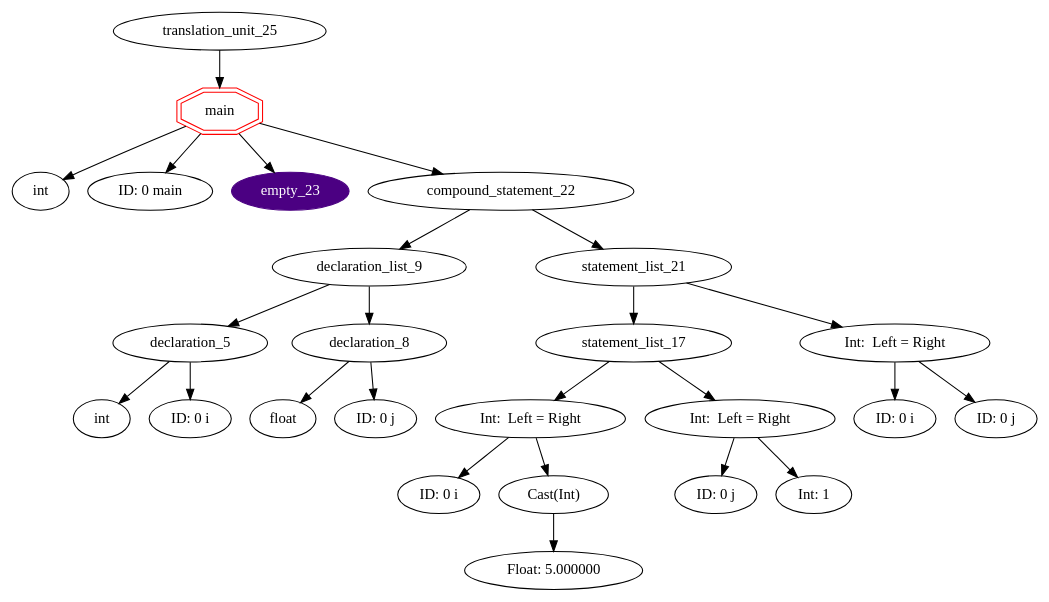
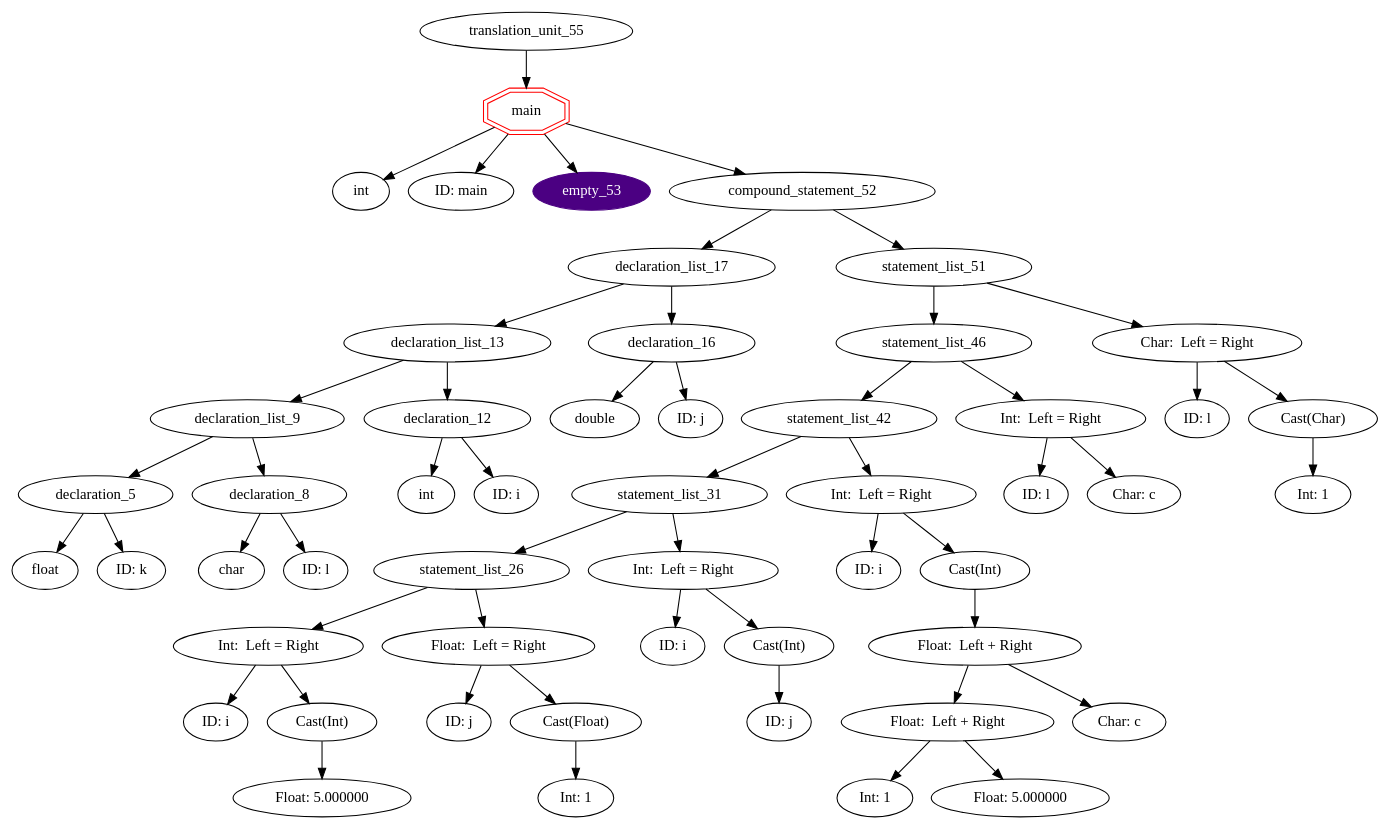
The diagram in graphs/default.gv (ahpalmerUNR/c_compiler), drawn with Graphviz before and after one commit. The commit also changed 8 other files, not shown here.

```diff
--- a/graphs/default.gv
+++ b/graphs/default.gv
@@ -1,46 +1,97 @@
 digraph AST {
-	translation_unit_25 -> function_definition_24;
-	function_definition_24 [shape=doubleoctagon,color=red,label="main"]
-	function_definition_24 -> type_specifier_0;
+	translation_unit_55 -> function_definition_54;
+	function_definition_54 [shape=doubleoctagon,color=red,label="main"]
+	function_definition_54 -> type_specifier_0;
 	type_specifier_0 [label="int"]
-	function_definition_24 -> identifier_1;
-	identifier_1 [label="ID: 0 main"]
-	function_definition_24 -> empty_23;
-	empty_23 [style=filled,color=indigo,fontcolor=white]
-	function_definition_24 -> compound_statement_22;
-	compound_statement_22 -> declaration_list_9;
+	function_definition_54 -> identifier_1;
+	identifier_1 [label="ID: main"]
+	function_definition_54 -> empty_53;
+	empty_53 [style=filled,color=indigo,fontcolor=white]
+	function_definition_54 -> compound_statement_52;
+	compound_statement_52 -> declaration_list_17;
+	declaration_list_17 -> declaration_list_13;
+	declaration_list_13 -> declaration_list_9;
 	declaration_list_9 -> declaration_5;
 	declaration_5 [label="declaration_5"]
 	declaration_5 -> type_specifier_3;
-	type_specifier_3 [label="int"]
+	type_specifier_3 [label="float"]
 	declaration_5 -> identifier_4;
-	identifier_4 [label="ID: 0 i"]
+	identifier_4 [label="ID: k"]
 	declaration_list_9 -> declaration_8;
 	declaration_8 [label="declaration_8"]
 	declaration_8 -> type_specifier_6;
-	type_specifier_6 [label="float"]
+	type_specifier_6 [label="char"]
 	declaration_8 -> identifier_7;
-	identifier_7 [label="ID: 0 j"]
-	compound_statement_22 -> statement_list_21;
-	statement_list_21 -> statement_list_17;
-	statement_list_17 -> assignment_expression_12;
-	assignment_expression_12 [label="Int:  Left = Right"]
-	assignment_expression_12 -> identifier_10;
-	identifier_10 [label="ID: 0 i"]
-	assignment_expression_12 -> Implicit_Cast13;
-	Implicit_Cast13 [label="Cast(Int)"]
-	Implicit_Cast13 -> constant_11;
-	constant_11 [label="Float: 5.000000"]
-	statement_list_17 -> assignment_expression_16;
-	assignment_expression_16 [label="Int:  Left = Right"]
-	assignment_expression_16 -> identifier_14;
-	identifier_14 [label="ID: 0 j"]
-	assignment_expression_16 -> constant_15;
-	constant_15 [label="Int: 1"]
-	statement_list_21 -> assignment_expression_20;
+	identifier_7 [label="ID: l"]
+	declaration_list_13 -> declaration_12;
+	declaration_12 [label="declaration_12"]
+	declaration_12 -> type_specifier_10;
+	type_specifier_10 [label="int"]
+	declaration_12 -> identifier_11;
+	identifier_11 [label="ID: i"]
+	declaration_list_17 -> declaration_16;
+	declaration_16 [label="declaration_16"]
+	declaration_16 -> type_specifier_14;
+	type_specifier_14 [label="double"]
+	declaration_16 -> identifier_15;
+	identifier_15 [label="ID: j"]
+	compound_statement_52 -> statement_list_51;
+	statement_list_51 -> statement_list_46;
+	statement_list_46 -> statement_list_42;
+	statement_list_42 -> statement_list_31;
+	statement_list_31 -> statement_list_26;
+	statement_list_26 -> assignment_expression_20;
 	assignment_expression_20 [label="Int:  Left = Right"]
 	assignment_expression_20 -> identifier_18;
-	identifier_18 [label="ID: 0 i"]
-	assignment_expression_20 -> identifier_19;
-	identifier_19 [label="ID: 0 j"]
+	identifier_18 [label="ID: i"]
+	assignment_expression_20 -> Implicit_Cast_21;
+	Implicit_Cast_21 [label="Cast(Int)"]
+	Implicit_Cast_21 -> constant_19;
+	constant_19 [label="Float: 5.000000"]
+	statement_list_26 -> assignment_expression_24;
+	assignment_expression_24 [label="Float:  Left = Right"]
+	assignment_expression_24 -> identifier_22;
+	identifier_22 [label="ID: j"]
+	assignment_expression_24 -> Implicit_Cast_25;
+	Implicit_Cast_25 [label="Cast(Float)"]
+	Implicit_Cast_25 -> constant_23;
+	constant_23 [label="Int: 1"]
+	statement_list_31 -> assignment_expression_29;
+	assignment_expression_29 [label="Int:  Left = Right"]
+	assignment_expression_29 -> identifier_27;
+	identifier_27 [label="ID: i"]
+	assignment_expression_29 -> Implicit_Cast_30;
+	Implicit_Cast_30 [label="Cast(Int)"]
+	Implicit_Cast_30 -> identifier_28;
+	identifier_28 [label="ID: j"]
+	statement_list_42 -> assignment_expression_40;
+	assignment_expression_40 [label="Int:  Left = Right"]
+	assignment_expression_40 -> identifier_32;
+	identifier_32 [label="ID: i"]
+	assignment_expression_40 -> Implicit_Cast_41;
+	Implicit_Cast_41 [label="Cast(Int)"]
+	Implicit_Cast_41 -> operator_expression_38;
+	operator_expression_38 [label="Float:  Left + Right"]
+	operator_expression_38 -> operator_expression_35;
+	operator_expression_35 [label="Float:  Left + Right"]
+	operator_expression_35 -> constant_33;
+	constant_33 [label="Int: 1"]
+	operator_expression_35 -> constant_34;
+	constant_34 [label="Float: 5.000000"]
+	operator_expression_38 -> constant_37;
+	constant_37 [label="Char: c"]
+	statement_list_46 -> assignment_expression_45;
+	assignment_expression_45 [label="Int:  Left = Right"]
+	assignment_expression_45 -> identifier_43;
+	identifier_43 [label="ID: l"]
+	assignment_expression_45 -> constant_44;
+	constant_44 [label="Char: c"]
+	statement_list_51 -> assignment_expression_49;
+	assignment_expression_49 [label="Char:  Left = Right"]
+	assignment_expression_49 -> identifier_47;
+	identifier_47 [label="ID: l"]
+	assignment_expression_49 -> Implicit_Cast_50;
+	Implicit_Cast_50 [label="Cast(Char)"]
+	Implicit_Cast_50 -> constant_48;
+	constant_48 [label="Int: 1"]
 }
```
